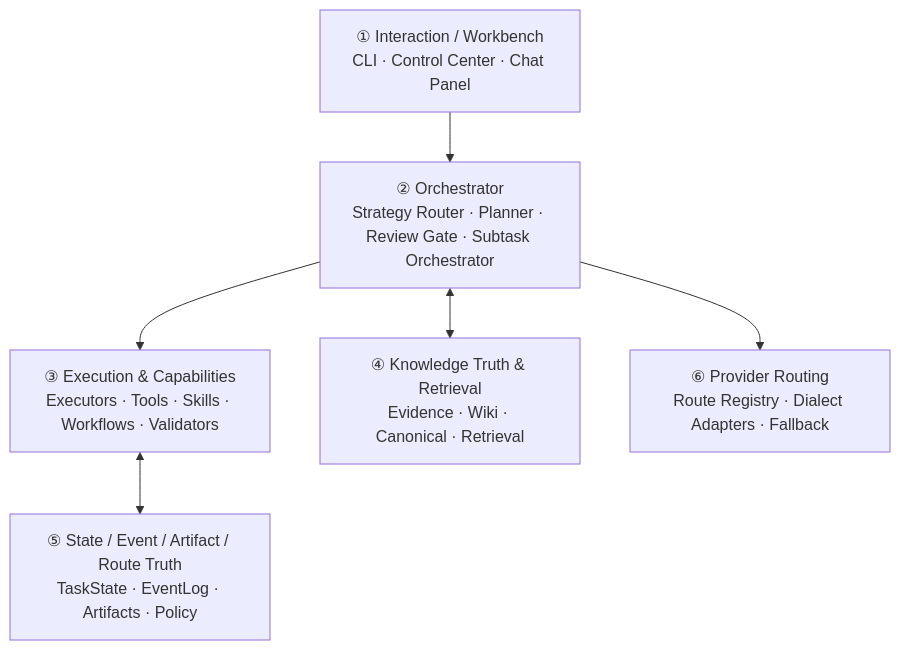
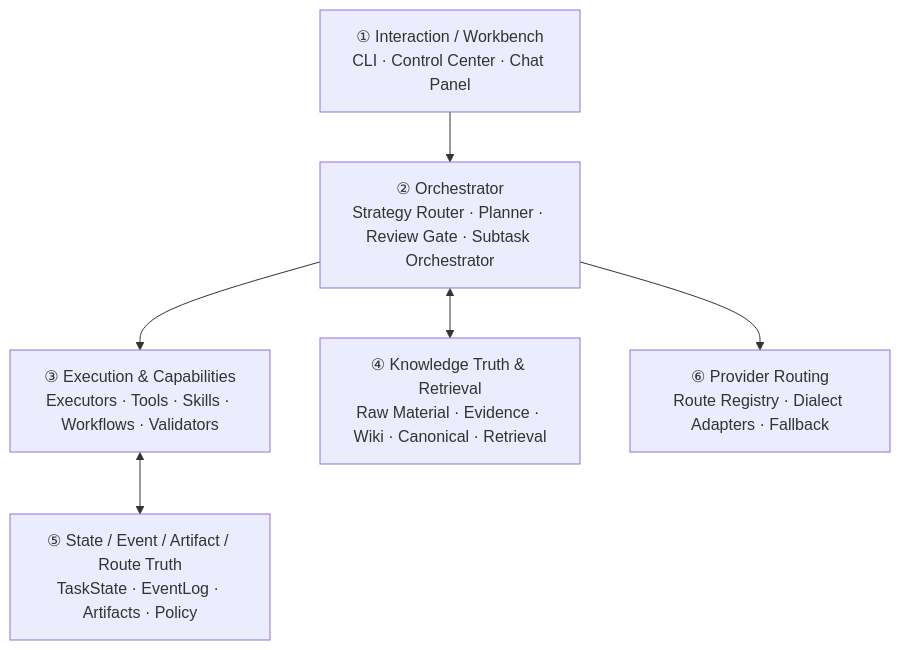
Before and after one commit to RocioGinsberg/swallow: the first of 2 diagrams in README.md, drawn with Mermaid. The commit also changed other lines of this file and 4 other files, not shown here.

````diff
--- a/README.md
+++ b/README.md
@@ -40,15 +41,15 @@
 ```mermaid
 graph TD
     UI["① Interaction / Workbench<br/>CLI · Control Center · Chat Panel"]
     ORCH["② Orchestrator<br/>Strategy Router · Planner · Review Gate · Subtask Orchestrator"]
     EXEC["③ Execution & Capabilities<br/>Executors · Tools · Skills · Workflows · Validators"]
-    KNOW["④ Knowledge Truth & Retrieval<br/>Evidence · Wiki · Canonical · Retrieval"]
+    KNOW["④ Knowledge Truth & Retrieval<br/>Raw Material · Evidence · Wiki · Canonical · Retrieval"]
     STATE["⑤ State / Event / Artifact / Route Truth<br/>TaskState · EventLog · Artifacts · Policy"]
     PROVIDER["⑥ Provider Routing<br/>Route Registry · Dialect Adapters · Fallback"]
 
     UI --> ORCH
     ORCH --> EXEC
     ORCH <--> KNOW
     EXEC <--> STATE
     ORCH --> PROVIDER
 ```
````
